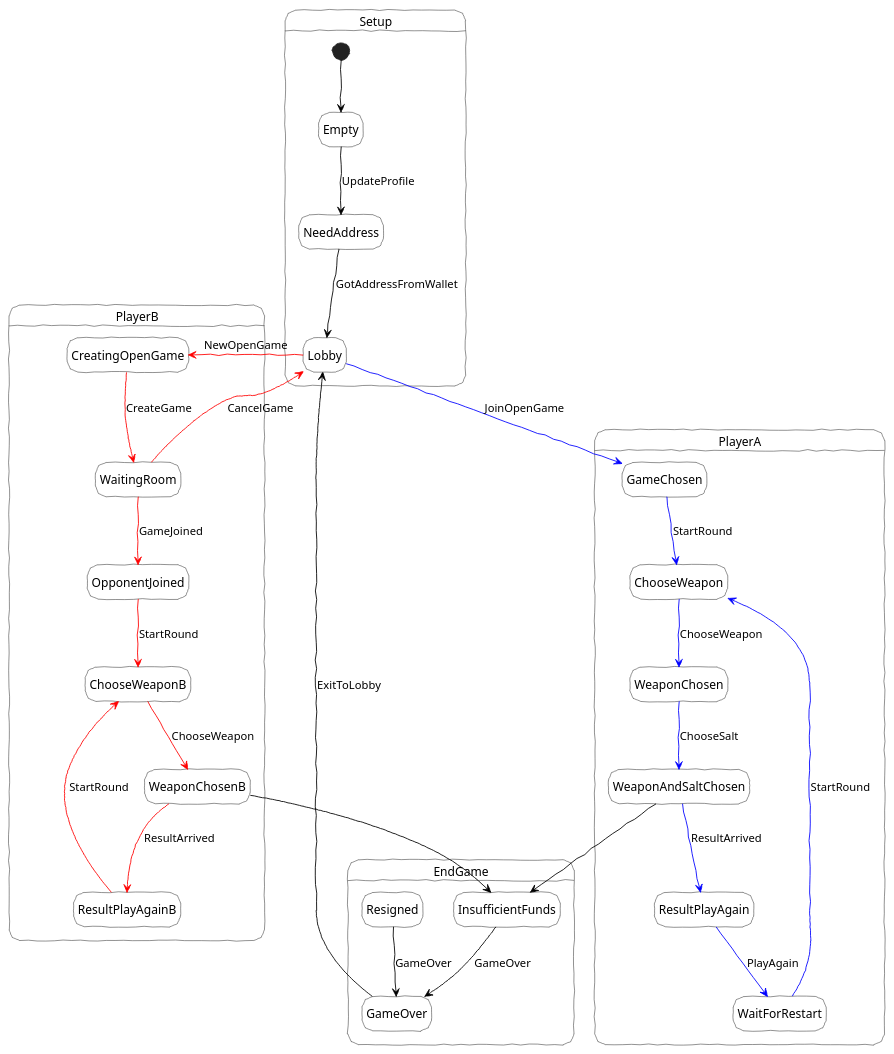
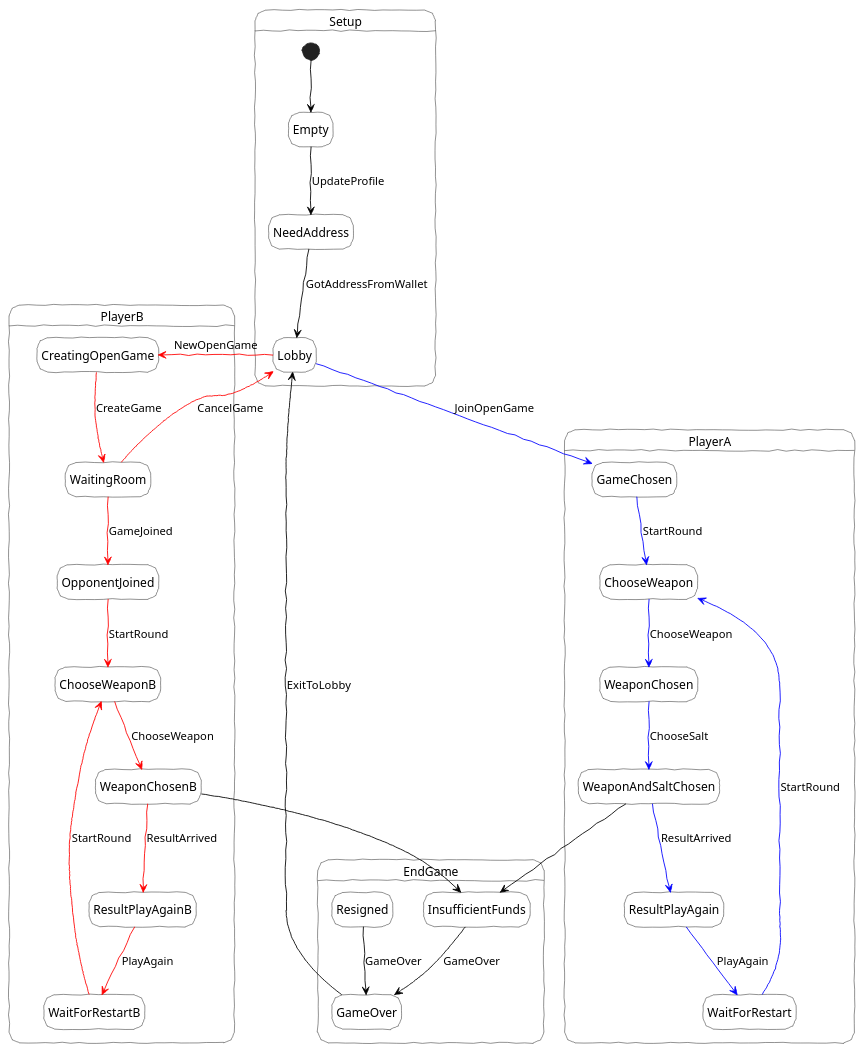
The diagram in packages/rps/notes/rps-plantuml.md (statechannels/statechannels), drawn with PlantUML before and after one commit. The commit also changed 1 other file, not shown here.

Commit message:
Update diagram to reflect new state

````diff
--- a/packages/rps/notes/rps-plantuml.md
+++ b/packages/rps/notes/rps-plantuml.md
@@ -1,61 +1,64 @@
 ```plantuml
 @startuml
 skinparam state{
   BackgroundColor White
   BackgroundColor<<Warning>> Olive
   BorderColor Black
   FontName Helvetica
 }
 skinparam handwritten true
 hide empty description
 ' Startgame
 state Setup{
     [*] -[#black]-> Empty
     Empty -[#black]-> NeedAddress : UpdateProfile
     NeedAddress -[#black]-> Lobby : GotAddressFromWallet
 }
 
 ' Player A
     state PlayerA {
     Lobby -[#blue]-> GameChosen : JoinOpenGame
     GameChosen -[#blue]-> ChooseWeapon : StartRound
     ChooseWeapon -[#blue]-> WeaponChosen : ChooseWeapon
     WeaponChosen -[#blue]-> WeaponAndSaltChosen : ChooseSalt
     WeaponAndSaltChosen -[#blue]-> ResultPlayAgain : ResultArrived
     ResultPlayAgain -[#blue]-> WaitForRestart : PlayAgain
     WaitForRestart -[#blue]-> ChooseWeapon : StartRound
     }
 
 ' Player B
 ' NOTE: ChooseWeaponB is actually just ChooseWeapon. Could refactor code to make it clearer though
     state PlayerB {
     Lobby -[#red]-> CreatingOpenGame : NewOpenGame
     CreatingOpenGame -[#red]-> WaitingRoom : CreateGame
     WaitingRoom -[#red]-> Lobby: CancelGame
     WaitingRoom -[#red]-> OpponentJoined : GameJoined
     OpponentJoined -[#red]->ChooseWeaponB : StartRound
     ChooseWeaponB -[#red]-> WeaponChosenB : ChooseWeapon
     WeaponChosenB -[#red]-> ResultPlayAgainB : ResultArrived
-    ResultPlayAgainB -[#red]-> ChooseWeaponB : StartRound
+    ResultPlayAgainB -[#red]-> WaitForRestartB: PlayAgain
+    WaitForRestartB -[#red]-> ChooseWeaponB : StartRound
     }
 
 ' Endgame
 state EndGame {
     WeaponChosenB -[#black]-> InsufficientFunds
     WeaponAndSaltChosen -[#black]-> InsufficientFunds
     InsufficientFunds -[#black]-> GameOver : GameOver
     GameOver -[#black]-> Lobby : ExitToLobby
     Resigned -[#black]-> GameOver : GameOver
 }
 
 ' Map States to Views
 '    Empty: <Profile />
 '    NeedAddress: <Lobby />
 '    Lobby: <Lobby />
 '    CreatingOpenGame: <Lobby />
 '    WaitingRoom: <WaitingRoom />
 '    GameChosen: <ProposeGame />
 '    OpponentJoined: <OpponentJoined />
 '    ChooseWeapon: <ChooseWeapon />
+
+' style arrows to differentiate UI action from sage-put action ?
 @enduml
 ```
````
